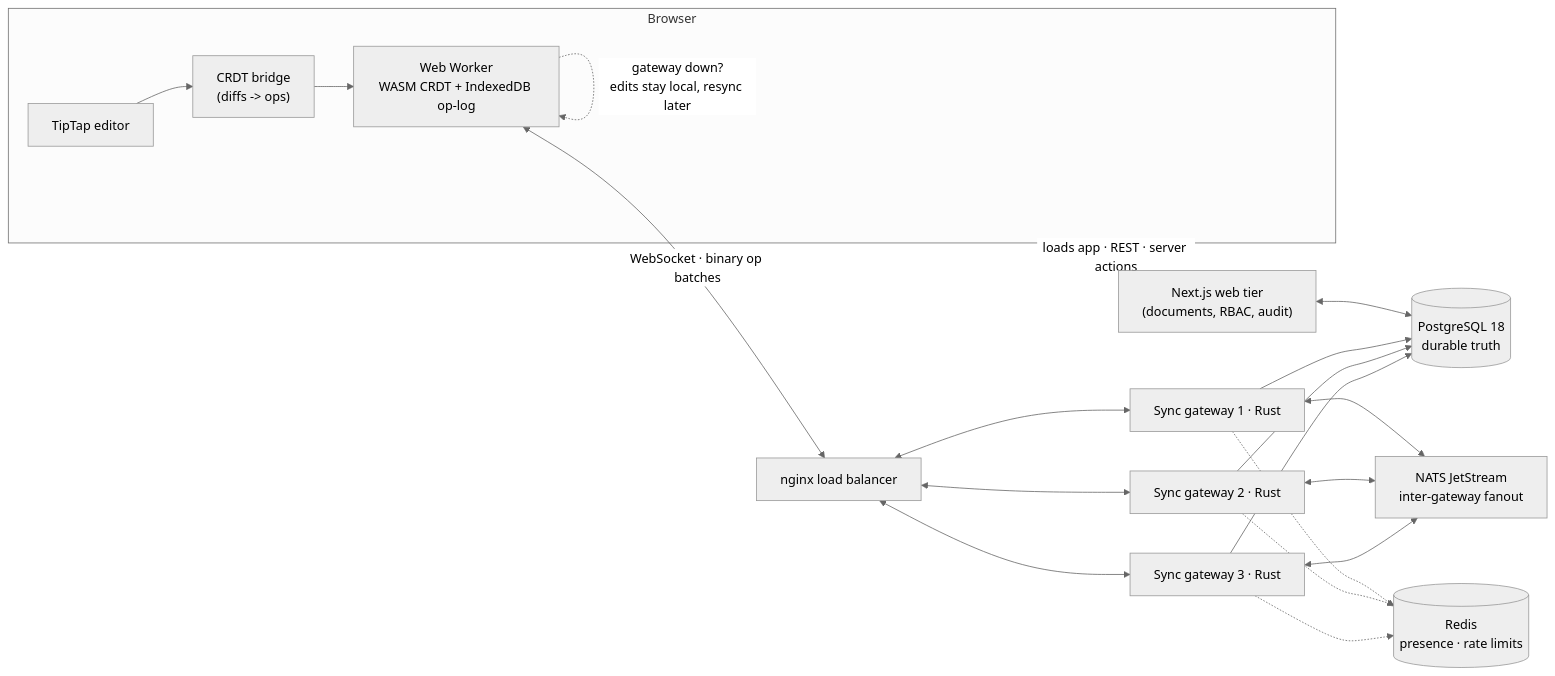
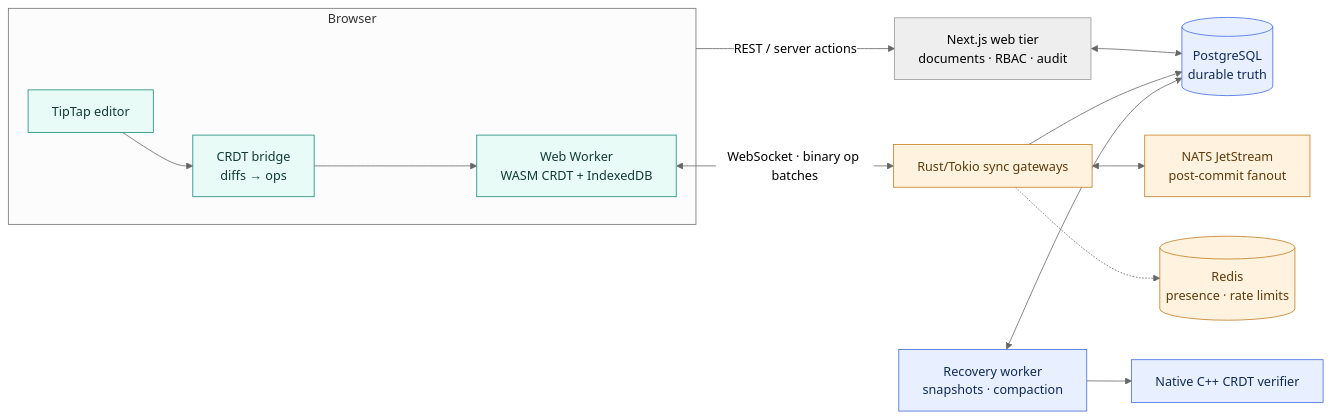
One commit to UtkarsHMer05/Concord-Dev changed the first of 3 diagrams in README.md. Above: the diagram before and after it, drawn with Mermaid (neutral theme). The commit also changed other lines of this file and 9 other files, not shown here.

Commit message:
docs: present Concord architecture and browser evidence

````diff
--- a/README.md
+++ b/README.md
@@ -99,29 +107,25 @@
 ```mermaid
 flowchart LR
     subgraph Browser["Browser"]
-        E["TipTap editor"] --> BR["CRDT bridge<br/>(diffs -> ops)"]
-        BR --> WK["Web Worker<br/>WASM CRDT + IndexedDB op-log"]
+        UI["TipTap editor"] --> Bridge["CRDT bridge<br/>diffs → ops"]
+        Bridge --> Worker["Web Worker<br/>WASM CRDT + IndexedDB"]
     end
 
-    WK <-->|"WebSocket · binary op batches"| LB["nginx load balancer"]
-    LB <--> G1["Sync gateway 1 · Rust"]
-    LB <--> G2["Sync gateway 2 · Rust"]
-    LB <--> G3["Sync gateway 3 · Rust"]
+    Browser -->|"REST / server actions"| Web["Next.js web tier<br/>documents · RBAC · audit"]
+    Web <--> PG[("PostgreSQL<br/>durable truth")]
 
-    Browser -.->|"loads app · REST · server actions"| WEB["Next.js web tier<br/>(documents, RBAC, audit)"]
-    WEB <--> PG[("PostgreSQL 18<br/>durable truth")]
+    Worker <-->|"WebSocket · binary op batches"| Gateway["Rust/Tokio sync gateways"]
+    Gateway --> PG
+    Gateway <--> NATS["NATS JetStream<br/>post-commit fanout"]
+    Gateway -.-> Redis[("Redis<br/>presence · rate limits")]
 
-    G1 --> PG
-    G2 --> PG
-    G3 --> PG
+    Recovery["Recovery worker<br/>snapshots · compaction"] <--> PG
+    Recovery --> Native["Native C++ CRDT verifier"]
 
-    G1 <--> NATS["NATS JetStream<br/>inter-gateway fanout"]
-    G2 <--> NATS
-    G3 <--> NATS
-
-    G1 -.-> RD[("Redis<br/>presence · rate limits")]
-    G2 -.-> RD
-    G3 -.-> RD
-
-    WK -.->|"gateway down?<br/>edits stay local, resync later"| WK
+    classDef durable fill:#e8f0ff,stroke:#4169e1,color:#102a56
+    classDef local fill:#e8fbf7,stroke:#168b78,color:#123b35
+    classDef transport fill:#fff3df,stroke:#c47c22,color:#5f3a0b
+    class PG,Recovery,Native durable
+    class Worker,Bridge,UI local
+    class Gateway,NATS,Redis transport
 ```
````
